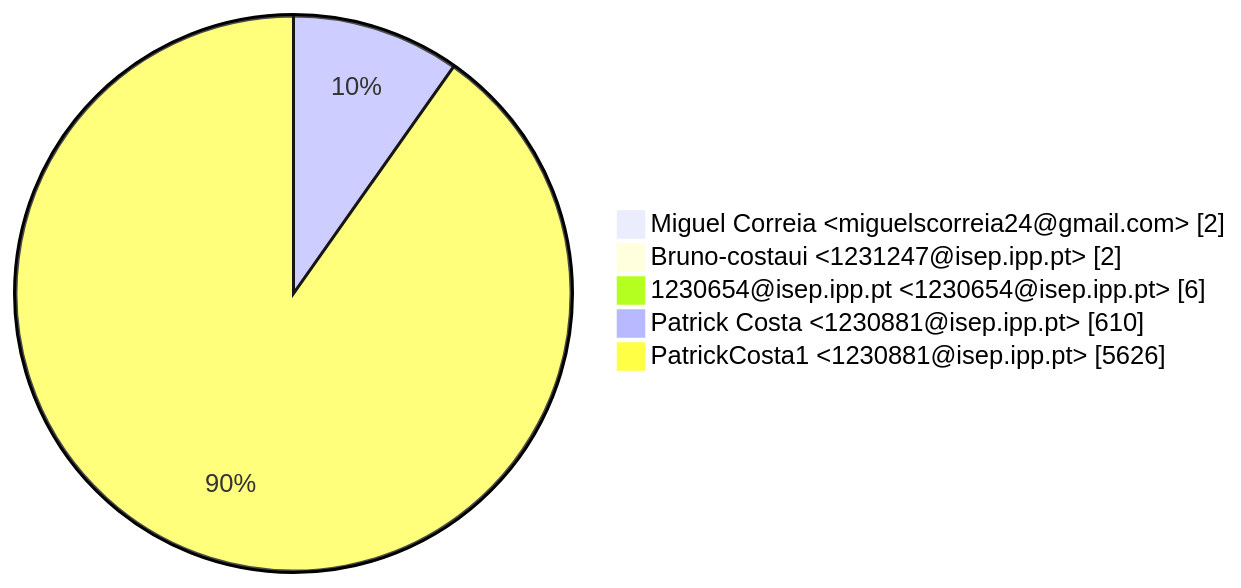
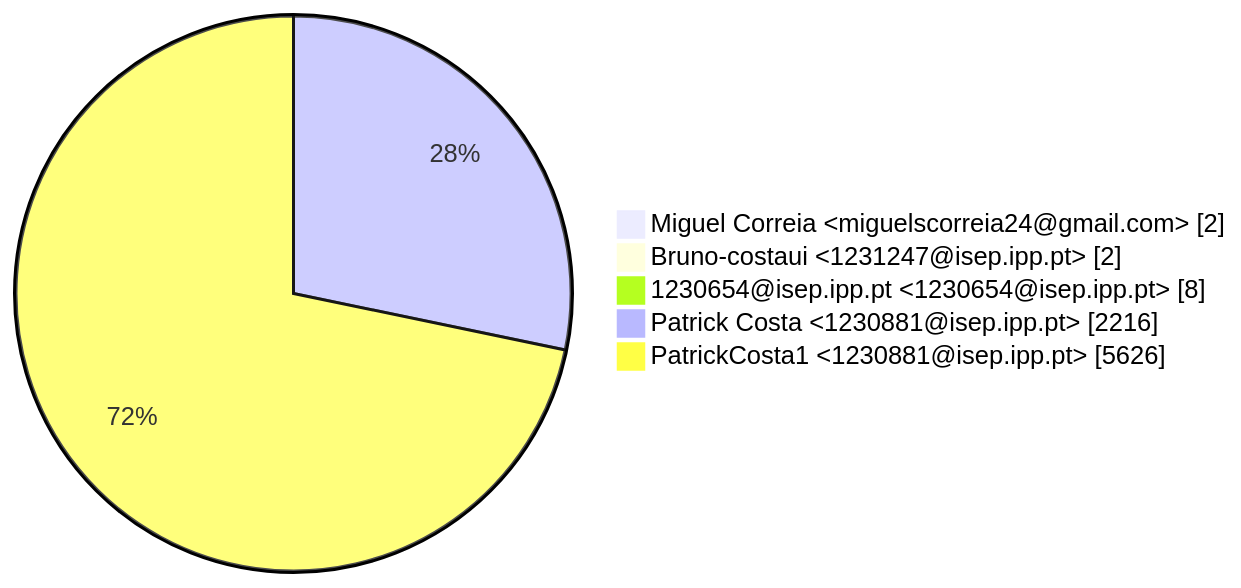
One commit to PatrickCosta1/LSIS1_Grupo_7_GitHub changed the second of 3 diagrams in GitAnalysis/Sprint_1/Contributions.md. Above: the diagram before and after it, drawn with Mermaid. The commit also changed other lines of this file and 27 other files, not shown here.

````diff
--- a/GitAnalysis/Sprint_1/Contributions.md
+++ b/GitAnalysis/Sprint_1/Contributions.md
@@ -21,8 +21,8 @@
 ```mermaid
 pie showData
     " Miguel Correia <miguelscorreia24@gmail.com>" : 2
     " Bruno-costaui <1231247@isep.ipp.pt>" : 2
-    " 1230654@isep.ipp.pt <1230654@isep.ipp.pt>" : 6
-    " Patrick Costa <1230881@isep.ipp.pt>" : 610
+    " 1230654@isep.ipp.pt <1230654@isep.ipp.pt>" : 8
+    " Patrick Costa <1230881@isep.ipp.pt>" : 2216
     " PatrickCosta1 <1230881@isep.ipp.pt>" : 5626
 ```
````
